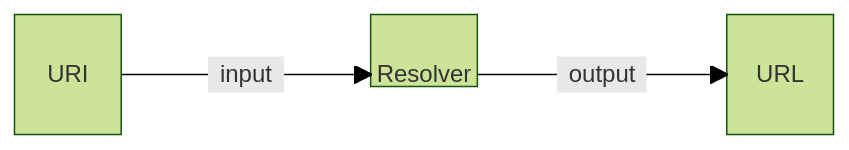
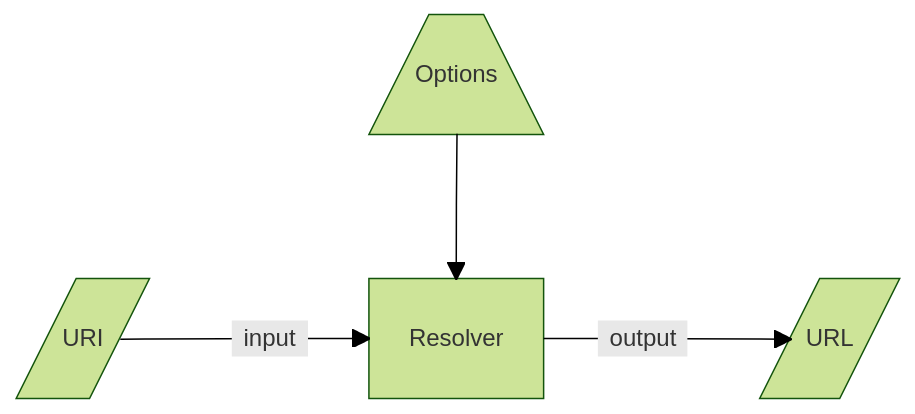
Before and after one commit to asimov-specs/asimov-specs: the diagram in program-patterns/diagrams/resolver.mmd, drawn with Mermaid (forest theme). The commit also changed 19 other files, not shown here.

Commit message:
Enhance the data flow diagrams.

```diff
--- a/program-patterns/diagrams/resolver.mmd
+++ b/program-patterns/diagrams/resolver.mmd
@@ -1,11 +1,19 @@
+---
+title: Data flow for resolvers
+---
 block-beta
-    columns 7
-    URI space:2 Resolver space:2 URL
-    URI-- "input" -->Resolver
-    Resolver-- "output" -->URL
+  classDef block height:48px,padding:8px;
 
-    classDef block height:48px,padding:8px;
-    classDef hidden visibility:none;
-    class Resolver block
-    class URI hidden
-    class URL hidden
+  columns 5
+  space:2 Options space:2
+  space:5
+  Input space Program space Output
+
+  Options --> Program
+  Input-- "input" -->Program
+  Program-- "output" -->Output
+
+  Options[/"Options"\]
+  Program["Resolver"]
+  Input[/"URI"/]
+  Output[/"URL"/]
```
